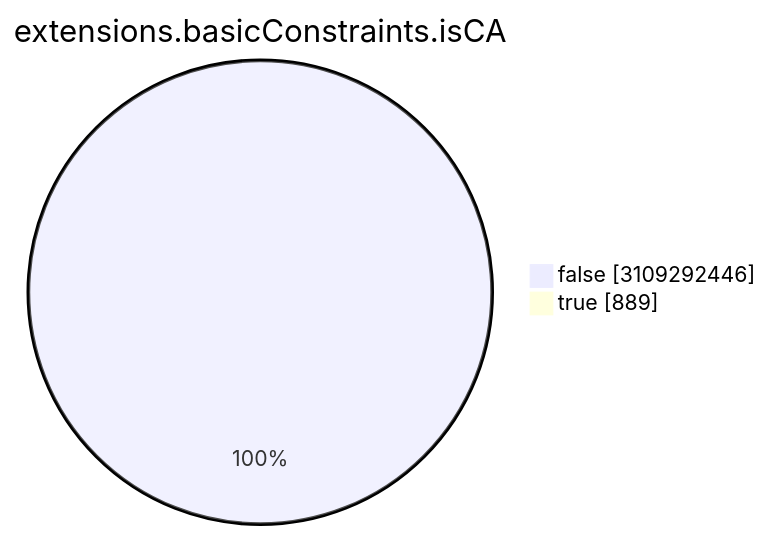
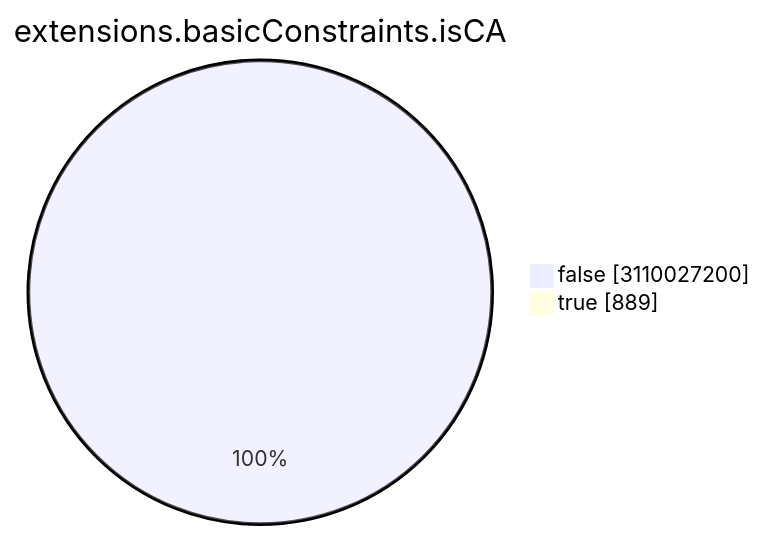
The seventh of 15 diagrams in TOTAL/README.md (christiankrug/ctmonitor_visualization), drawn with Mermaid before and after one commit. The commit also changed other lines of this file, not shown here.

````diff
--- a/TOTAL/README.md
+++ b/TOTAL/README.md
@@ -3086,6 +3086,6 @@
 ```mermaid
 pie showData
 title extensions.basicConstraints.isCA
-"false" :3109292446
+"false" :3110027200
 "true" :889
 ```
````
